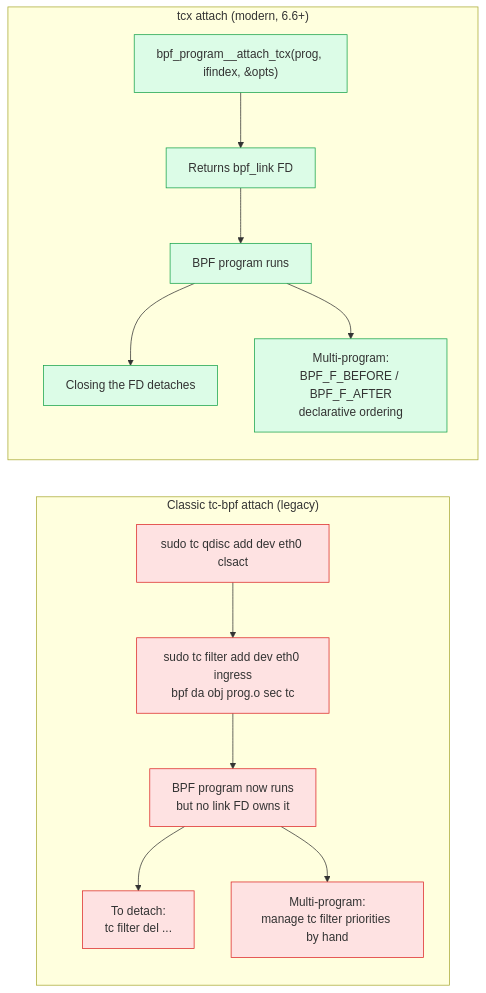
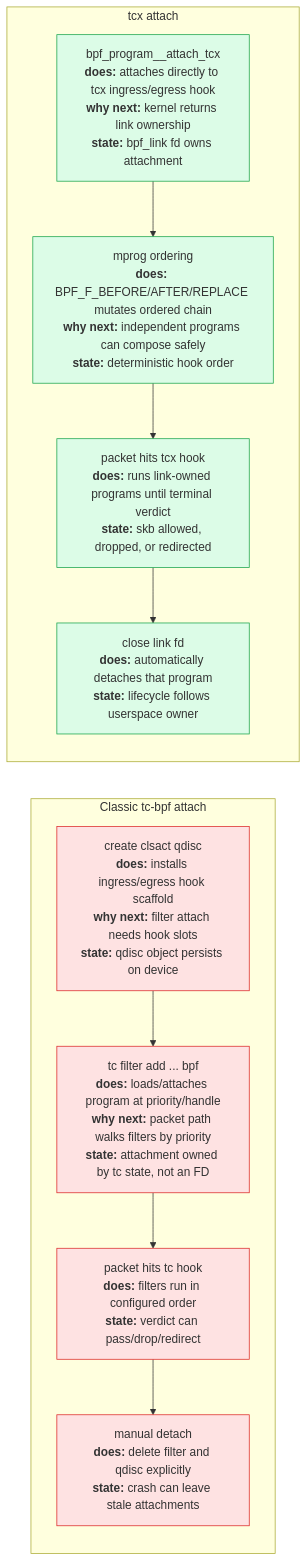
Before and after one commit to biefy/books: the diagram in ebpf/src/diagrams/src/day17_tcx_vs_classic.mmd, drawn with Mermaid. The commit also changed 92 other files, not shown here.

First line of the commit message:
Fix book accuracy and explanatory diagrams

```diff
--- a/ebpf/src/diagrams/src/day17_tcx_vs_classic.mmd
+++ b/ebpf/src/diagrams/src/day17_tcx_vs_classic.mmd
@@ -1,27 +1,21 @@
 flowchart LR
-    subgraph Old["Classic tc-bpf attach (legacy)"]
-        T1["sudo tc qdisc add dev eth0 clsact"]
-        T2["sudo tc filter add dev eth0 ingress<br/>bpf da obj prog.o sec tc"]
-        T3["BPF program now runs<br/>but no link FD owns it"]
-        T4["To detach:<br/>tc filter del ..."]
-        T5["Multi-program:<br/>manage tc filter priorities by hand"]
-
+    subgraph Old["Classic tc-bpf attach"]
+        T1["create clsact qdisc<br/><b>does:</b> installs ingress/egress hook scaffold<br/><b>why next:</b> filter attach needs hook slots<br/><b>state:</b> qdisc object persists on device"]
+        T2["tc filter add ... bpf<br/><b>does:</b> loads/attaches program at priority/handle<br/><b>why next:</b> packet path walks filters by priority<br/><b>state:</b> attachment owned by tc state, not an FD"]
+        T3["packet hits tc hook<br/><b>does:</b> filters run in configured order<br/><b>state:</b> verdict can pass/drop/redirect"]
+        T4["manual detach<br/><b>does:</b> delete filter and qdisc explicitly<br/><b>state:</b> crash can leave stale attachments"]
         T1 --> T2 --> T3 --> T4
-        T3 --> T5
     end
 
-    subgraph New["tcx attach (modern, 6.6+)"]
-        X1["bpf_program__attach_tcx(prog, ifindex, &opts)"]
-        X2["Returns bpf_link FD"]
-        X3["BPF program runs"]
-        X4["Closing the FD detaches"]
-        X5["Multi-program:<br/>BPF_F_BEFORE / BPF_F_AFTER<br/>declarative ordering"]
-
+    subgraph New["tcx attach"]
+        X1["bpf_program__attach_tcx<br/><b>does:</b> attaches directly to tcx ingress/egress hook<br/><b>why next:</b> kernel returns link ownership<br/><b>state:</b> bpf_link fd owns attachment"]
+        X2["mprog ordering<br/><b>does:</b> BPF_F_BEFORE/AFTER/REPLACE mutates ordered chain<br/><b>why next:</b> independent programs can compose safely<br/><b>state:</b> deterministic hook order"]
+        X3["packet hits tcx hook<br/><b>does:</b> runs link-owned programs until terminal verdict<br/><b>state:</b> skb allowed, dropped, or redirected"]
+        X4["close link fd<br/><b>does:</b> automatically detaches that program<br/><b>state:</b> lifecycle follows userspace owner"]
         X1 --> X2 --> X3 --> X4
-        X3 --> X5
     end
 
-    classDef bad fill:#fee2e2,stroke:#dc2626
-    classDef ok fill:#dcfce7,stroke:#16a34a
-    class T1,T2,T3,T4,T5 bad
-    class X1,X2,X3,X4,X5 ok
+    classDef old fill:#fee2e2,stroke:#dc2626
+    classDef new fill:#dcfce7,stroke:#16a34a
+    class T1,T2,T3,T4 old
+    class X1,X2,X3,X4 new
```
